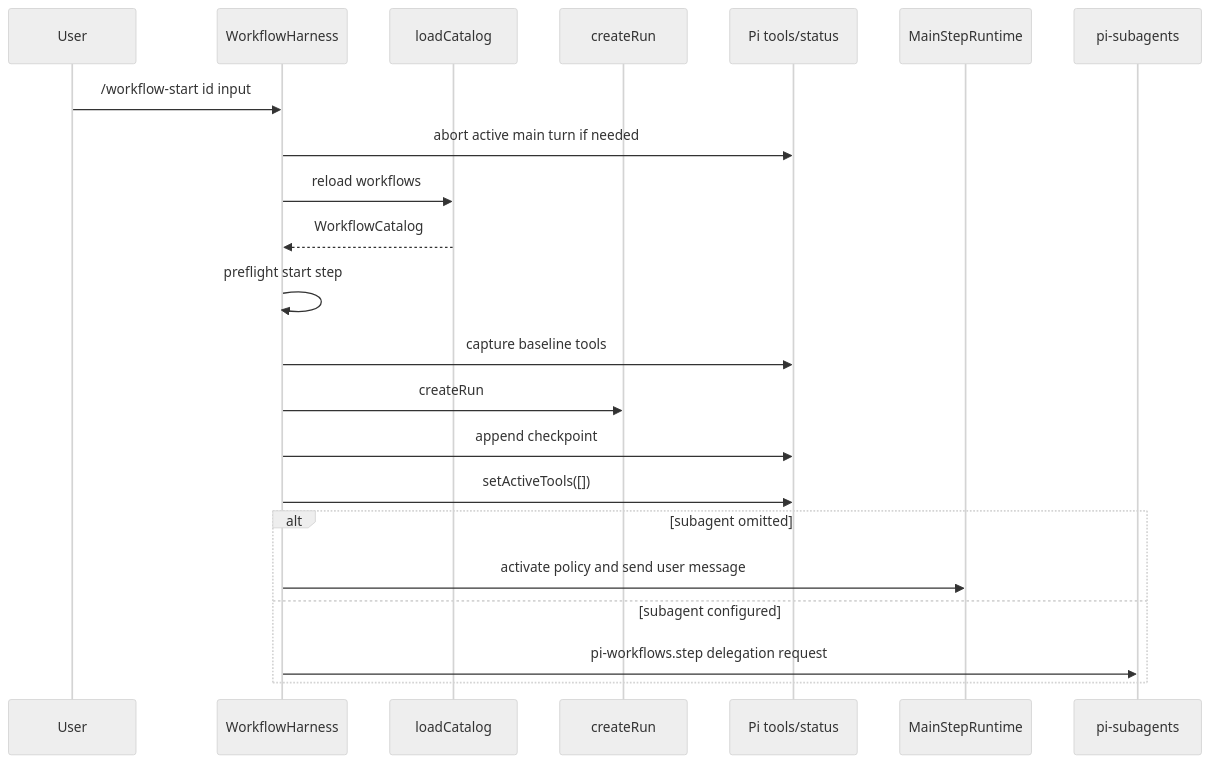
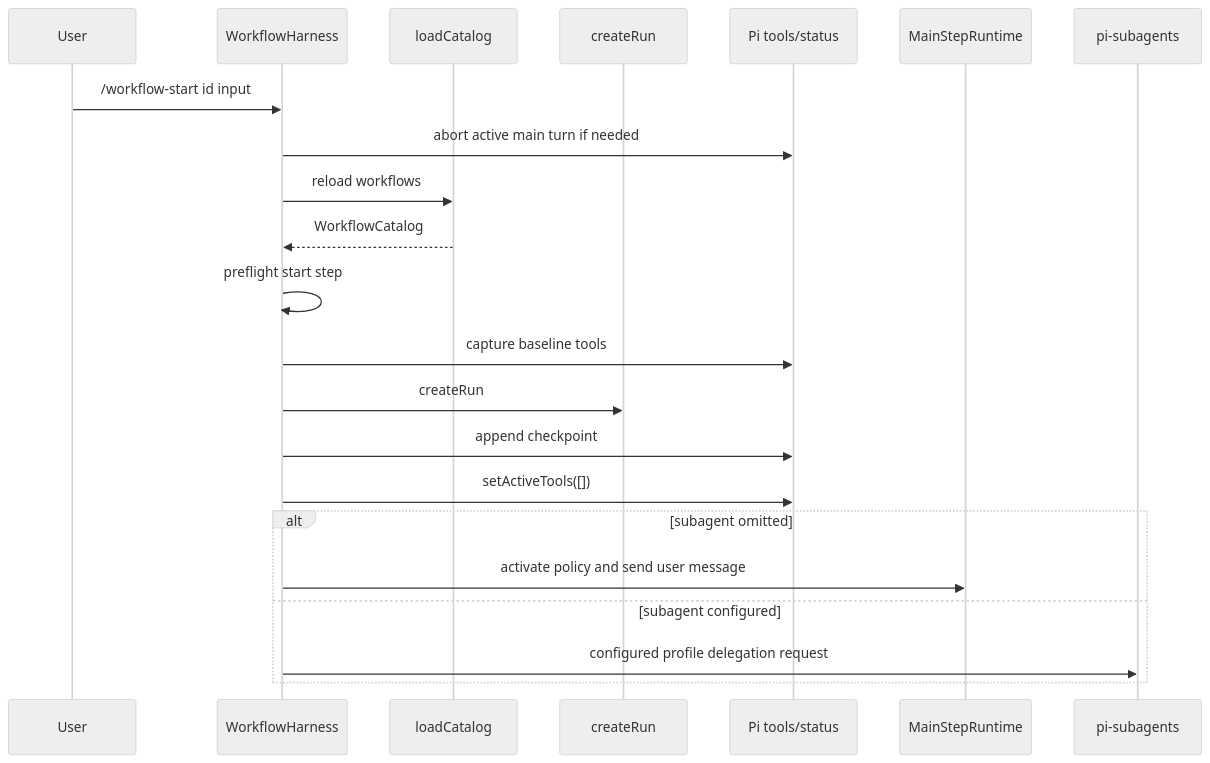
One commit to wichayutdew/pi-workflows changed the second of 8 diagrams in openwiki/architecture/runtime-lifecycle.md. Above: the diagram before and after it, drawn with Mermaid (neutral theme). The commit also changed other lines of this file and 42 other files, not shown here.

````diff
--- a/openwiki/architecture/runtime-lifecycle.md
+++ b/openwiki/architecture/runtime-lifecycle.md
@@ -28,25 +28,25 @@
 ```mermaid
 sequenceDiagram
   participant User
   participant Harness as WorkflowHarness
   participant Config as loadCatalog
   participant Engine as createRun
   participant Pi as Pi tools/status
   participant Main as MainStepRuntime
   participant Sub as pi-subagents
 
   User->>Harness: /workflow-start id input
   Harness->>Pi: abort active main turn if needed
   Harness->>Config: reload workflows
   Config-->>Harness: WorkflowCatalog
   Harness->>Harness: preflight start step
   Harness->>Pi: capture baseline tools
   Harness->>Engine: createRun
   Harness->>Pi: append checkpoint
   Harness->>Pi: setActiveTools([])
   alt subagent omitted
     Harness->>Main: activate policy and send user message
   else subagent configured
-    Harness->>Sub: pi-workflows.step delegation request
+    Harness->>Sub: configured profile delegation request
   end
 ```
````
